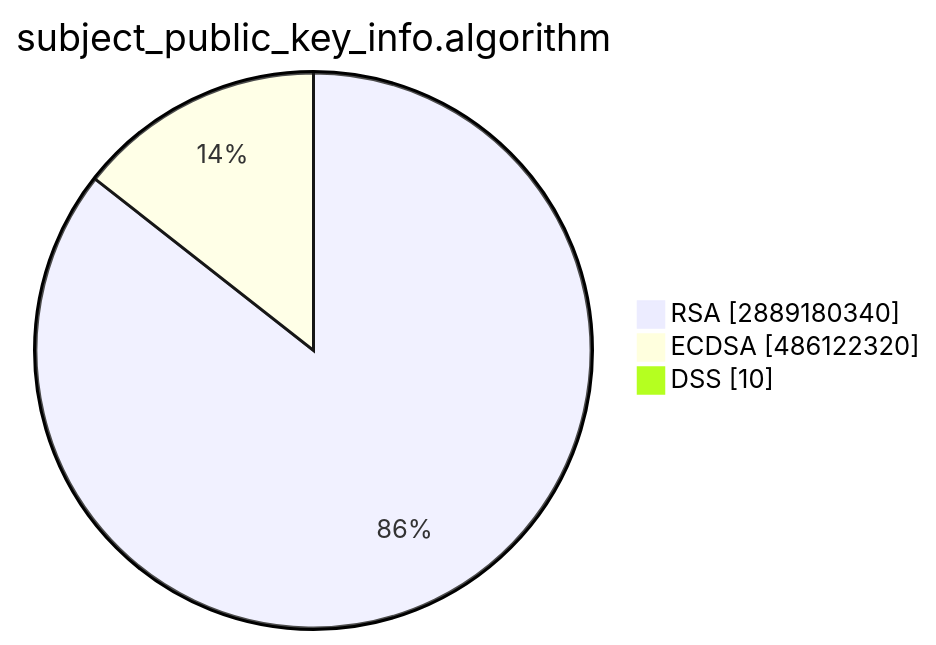
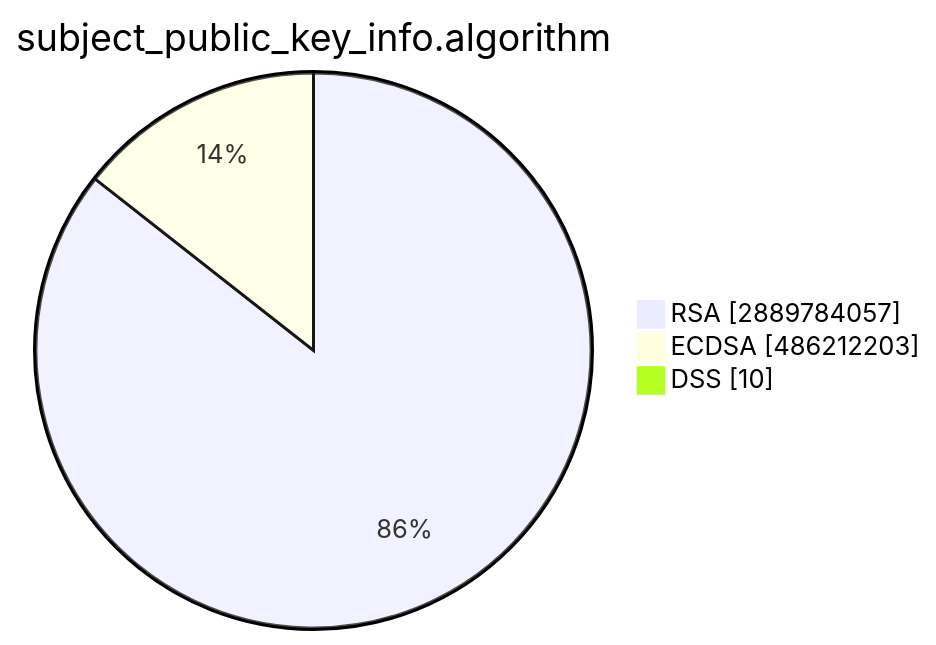
One commit to christiankrug/ctmonitor_visualization changed the second of 15 diagrams in TOTAL/README.md. Above: the diagram before and after it, drawn with Mermaid. The commit also changed other lines of this file, not shown here.

````diff
--- a/TOTAL/README.md
+++ b/TOTAL/README.md
@@ -6,7 +6,7 @@
 ```mermaid
 pie showData
 title subject_public_key_info.algorithm
-"RSA" :2889180340
-"ECDSA" :486122320
+"RSA" :2889784057
+"ECDSA" :486212203
 "DSS" :10
 ```
````
